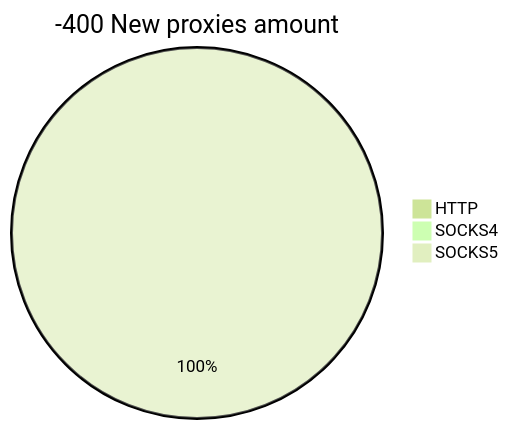
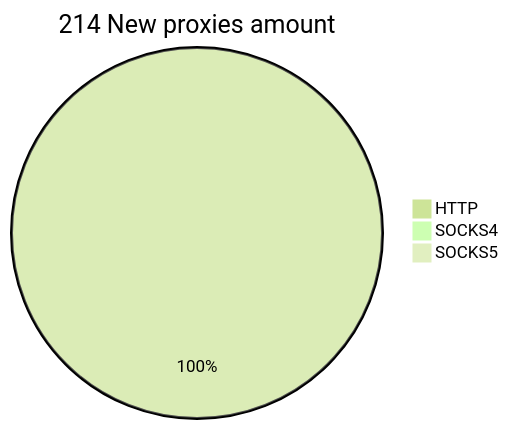
Before and after one commit to cutipu/proxylist: the second of 2 diagrams in README.md, drawn with Mermaid (forest theme). The commit also changed other lines of this file, not shown here.

````diff
--- a/README.md
+++ b/README.md
@@ -10,6 +10,6 @@
 ```mermaid
-pie title -400 New proxies amount
-    "HTTP" : 0
+pie title 214 New proxies amount
+    "HTTP" : 400
     "SOCKS4" : 0
-    "SOCKS5" : 3
+    "SOCKS5" : 0
 ```
````
